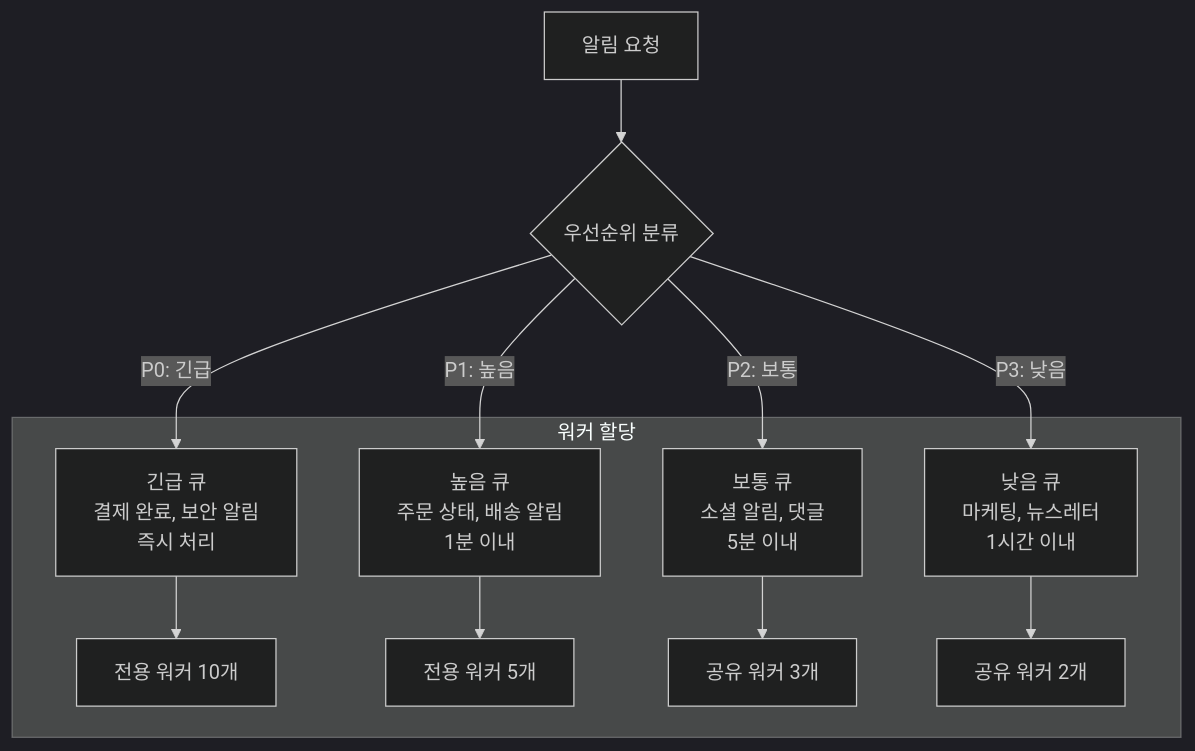
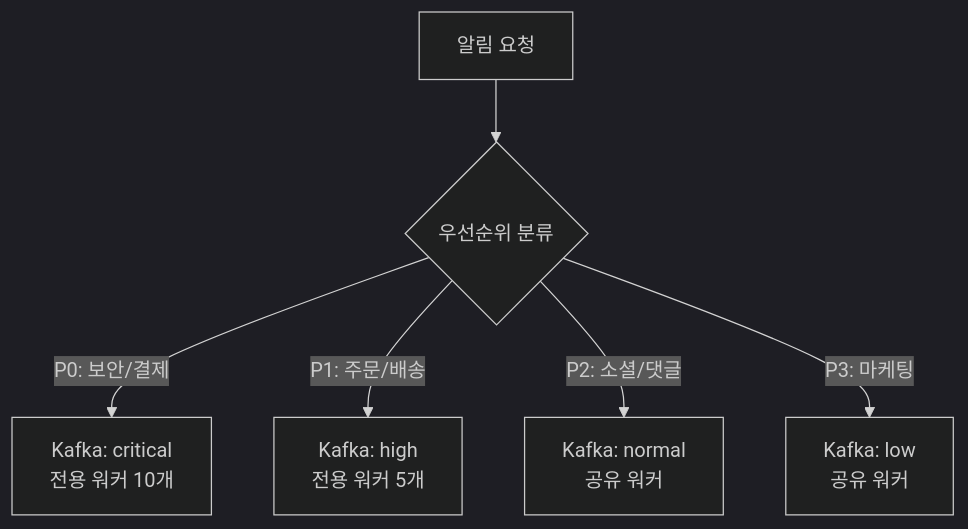
Before and after one commit to yjkim2015/yjkim2015.github.io: the fourth of 6 diagrams in _posts/systemdesign/2026-05-02-system-design-notification.md, drawn with Mermaid (dark theme). The commit also changed other lines of this file and 122 other files, not shown here.

````diff
--- a/_posts/systemdesign/2026-05-02-system-design-notification.md
+++ b/_posts/systemdesign/2026-05-02-system-design-notification.md
@@ -257,16 +170,8 @@
 ```mermaid
 graph TD
     Notif["알림 요청"] --> Classify{"우선순위 분류"}
-
-    Classify -->|"P0: 긴급"| Critical["긴급 큐<br>결제 완료, 보안 알림<br>즉시 처리"]
-    Classify -->|"P1: 높음"| High["높음 큐<br>주문 상태, 배송 알림<br>1분 이내"]
-    Classify -->|"P2: 보통"| Normal["보통 큐<br>소셜 알림, 댓글<br>5분 이내"]
-    Classify -->|"P3: 낮음"| Low["낮음 큐<br>마케팅, 뉴스레터<br>1시간 이내"]
-
-    subgraph "워커 할당"
-        Critical --> W_C["전용 워커 10개"]
-        High --> W_H["전용 워커 5개"]
-        Normal --> W_N["공유 워커 3개"]
-        Low --> W_L["공유 워커 2개"]
-    end
+    Classify -->|"P0: 보안/결제"| P0["Kafka: critical<br>전용 워커 10개"]
+    Classify -->|"P1: 주문/배송"| P1["Kafka: high<br>전용 워커 5개"]
+    Classify -->|"P2: 소셜/댓글"| P2["Kafka: normal<br>공유 워커"]
+    Classify -->|"P3: 마케팅"| P3["Kafka: low<br>공유 워커"]
 ```
````
